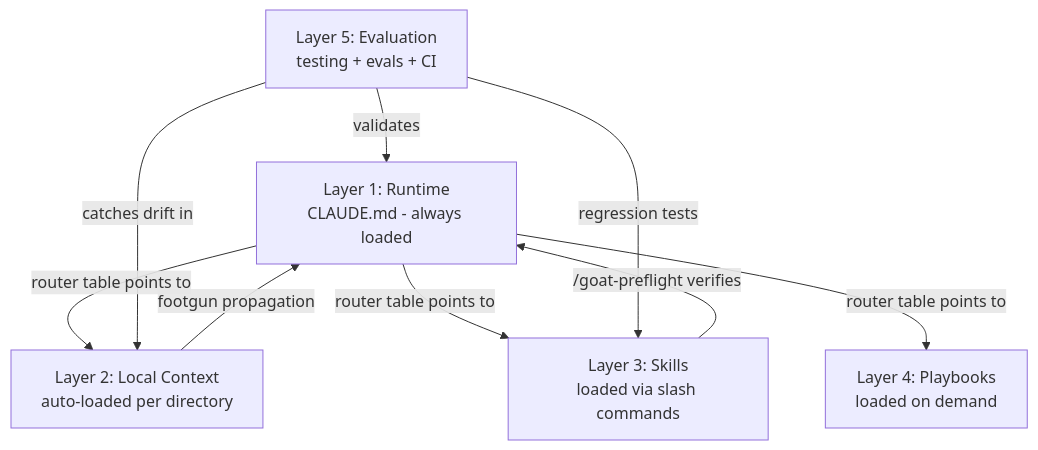
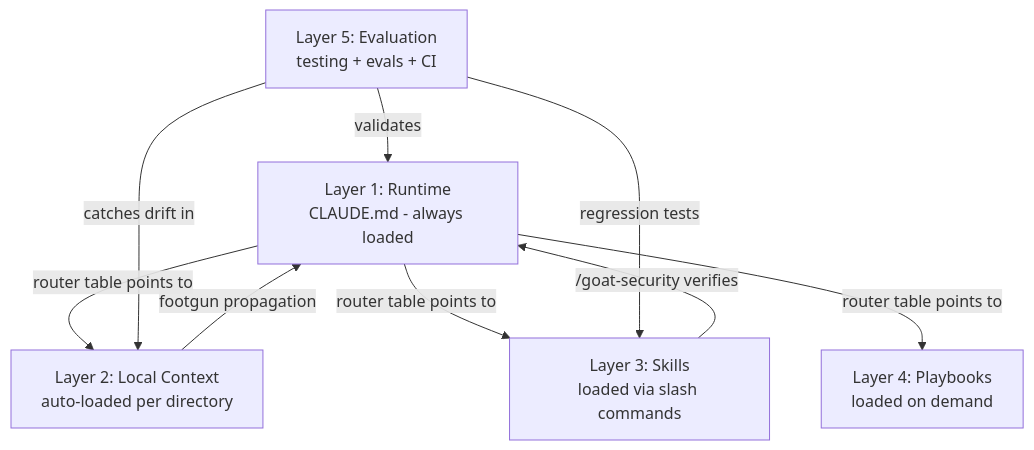
The diagram in docs/system/five-layers.md (blundergoat/goat-flow), drawn with Mermaid before and after one commit. The commit also changed other lines of this file and 59 other files, not shown here.

````diff
--- a/docs/system/five-layers.md
+++ b/docs/system/five-layers.md
@@ -156,11 +156,11 @@
 ```mermaid
 graph TD
     L1["Layer 1: Runtime<br/>CLAUDE.md - always loaded"] --> |router table points to| L2["Layer 2: Local Context<br/>auto-loaded per directory"]
     L1 --> |router table points to| L3["Layer 3: Skills<br/>loaded via slash commands"]
     L1 --> |router table points to| L4["Layer 4: Playbooks<br/>loaded on demand"]
     L5["Layer 5: Evaluation<br/>testing + evals + CI"] --> |validates| L1
     L5 --> |catches drift in| L2
     L5 --> |regression tests| L3
-    L3 --> |/goat-preflight verifies| L1
+    L3 --> |/goat-security verifies| L1
     L2 --> |footgun propagation| L1
 ```
````
